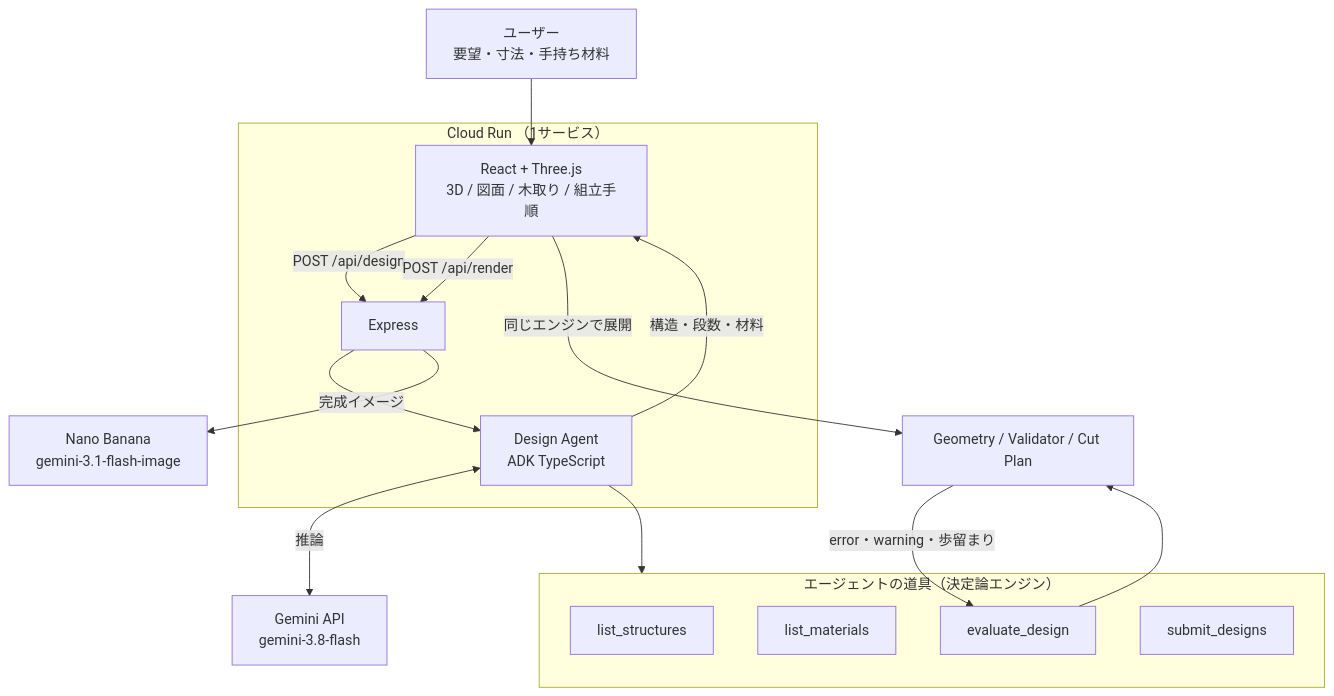
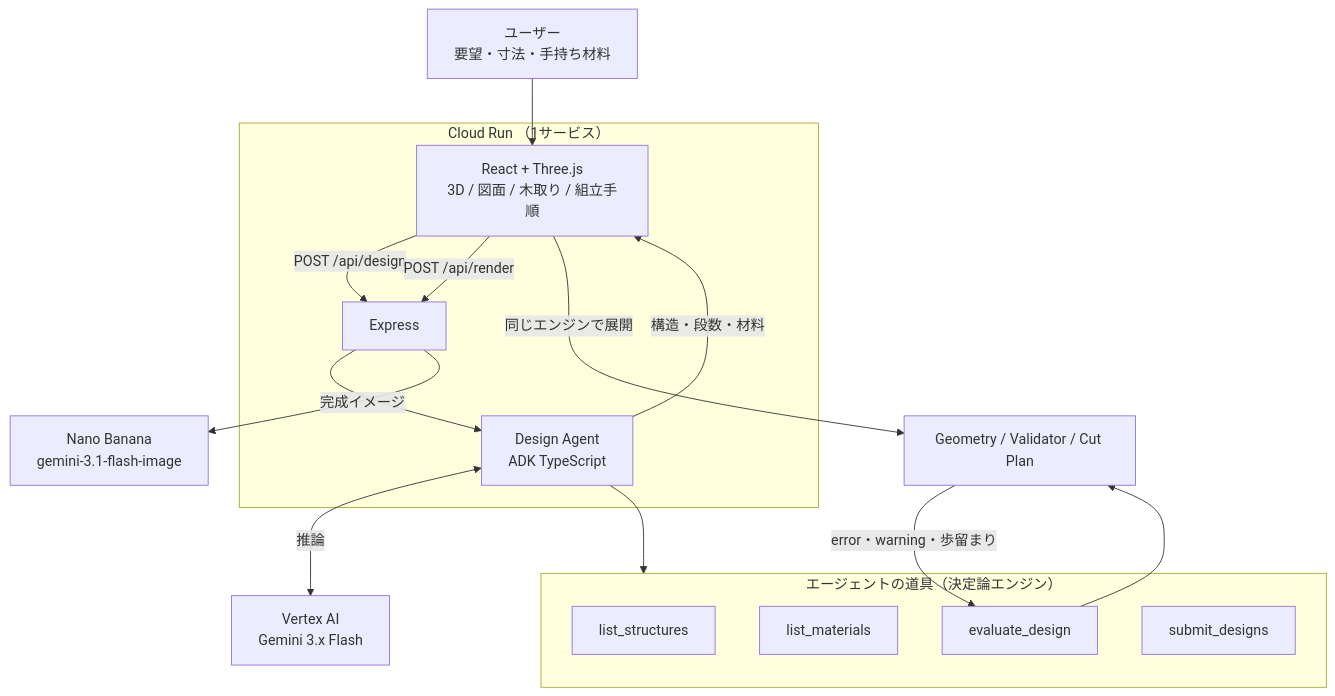
The diagram in README.md (harukikuri/diy-design), drawn with Mermaid before and after one commit. The commit also changed other lines of this file and 7 other files, not shown here.

First line of the commit message:
feat(server): Vertex AI を既定の接続先にし、API キーは代替に回す

````diff
--- a/README.md
+++ b/README.md
@@ -69,30 +78,30 @@
 ```mermaid
 flowchart TB
   U[ユーザー<br/>要望・寸法・手持ち材料] --> FE
 
   subgraph CR["Cloud Run （1サービス）"]
     FE[React + Three.js<br/>3D / 図面 / 木取り / 組立手順]
     API[Express]
     AG[Design Agent<br/>ADK TypeScript]
     FE -->|POST /api/design| API
     FE -->|POST /api/render| API
     API --> AG
   end
 
-  AG <-->|推論| GEM[Gemini API<br/>gemini-3.8-flash]
+  AG <-->|推論| GEM[Vertex AI<br/>Gemini 3.x Flash]
   API -->|完成イメージ| NB[Nano Banana<br/>gemini-3.1-flash-image]
 
   subgraph TOOLS["エージェントの道具（決定論エンジン）"]
     T1[list_structures]
     T2[list_materials]
     T3[evaluate_design]
     T4[submit_designs]
   end
 
   AG --> TOOLS
   T3 --> ENG[Geometry / Validator / Cut Plan]
   ENG -->|error・warning・歩留まり| T3
 
   AG -->|構造・段数・材料| FE
   FE -->|同じエンジンで展開| ENG
 ```
````
